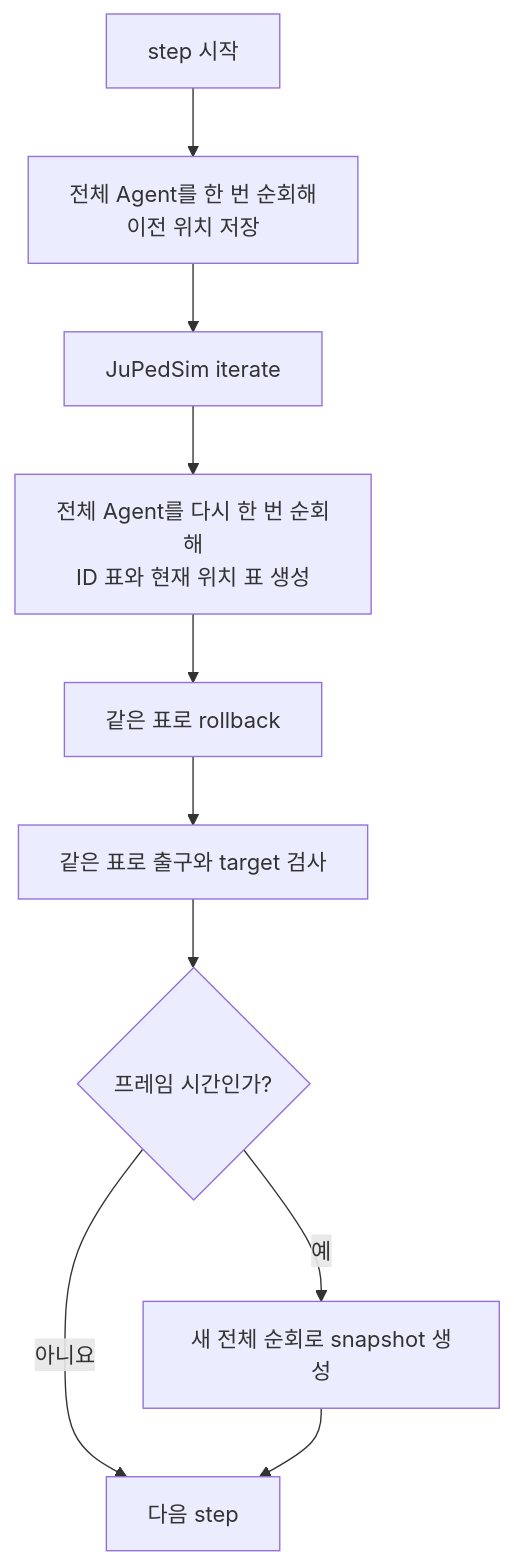
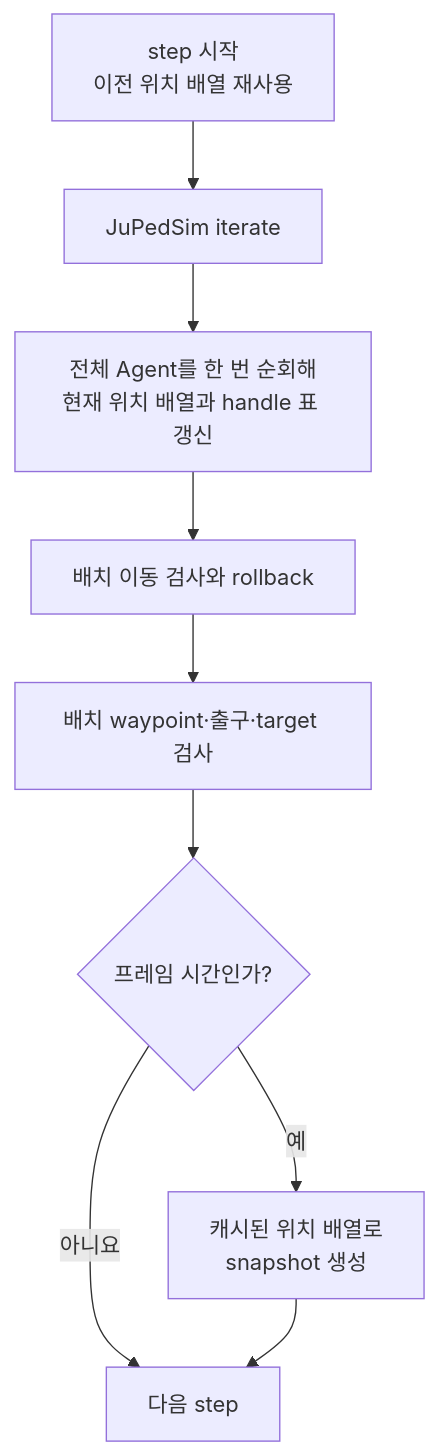
The third of 3 diagrams in apps/simulation-service/engine/PERFORMANCE.md (CheolyongKim/hwalro), drawn with Mermaid before and after one commit. The commit also changed other lines of this file and 11 other files, not shown here.

````diff
--- a/apps/simulation-service/engine/PERFORMANCE.md
+++ b/apps/simulation-service/engine/PERFORMANCE.md
@@ -97,12 +97,11 @@
 ```mermaid
 flowchart TD
-    S["step 시작"] --> A["전체 Agent를 한 번 순회해<br/>이전 위치 저장"]
-    A --> I["JuPedSim iterate"]
-    I --> B["전체 Agent를 다시 한 번 순회해<br/>ID 표와 현재 위치 표 생성"]
-    B --> C["같은 표로 rollback"]
-    C --> D["같은 표로 출구와 target 검사"]
+    S["step 시작<br/>이전 위치 배열 재사용"] --> I["JuPedSim iterate"]
+    I --> B["전체 Agent를 한 번 순회해<br/>현재 위치 배열과 handle 표 갱신"]
+    B --> C["배치 이동 검사와 rollback"]
+    C --> D["배치 waypoint·출구·target 검사"]
     D --> F{"프레임 시간인가?"}
-    F -->|"예"| G["새 전체 순회로 snapshot 생성"]
+    F -->|"예"| G["캐시된 위치 배열로<br/>snapshot 생성"]
     F -->|"아니요"| E["다음 step"]
     G --> E
 ```
````
